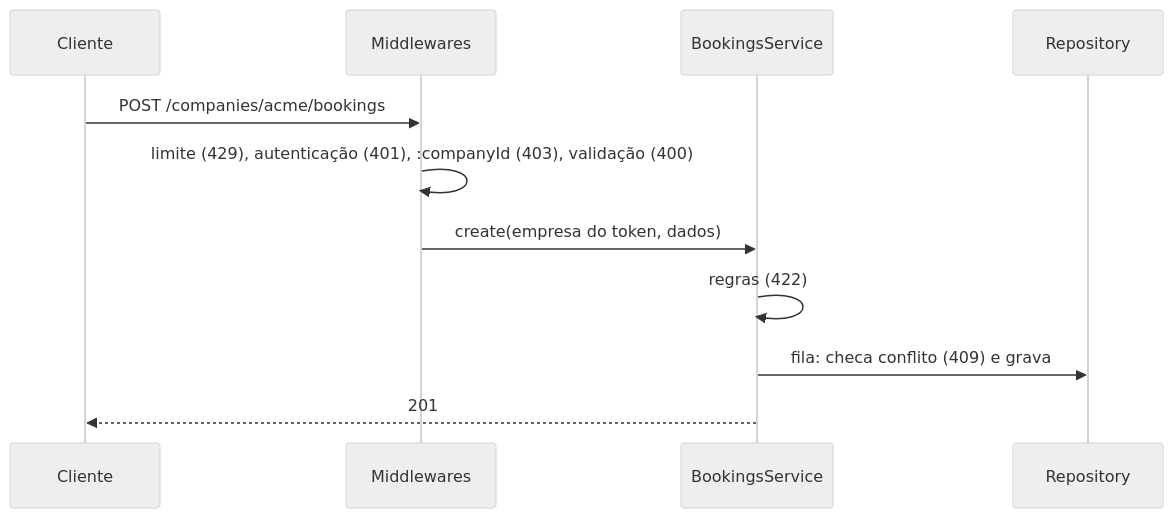
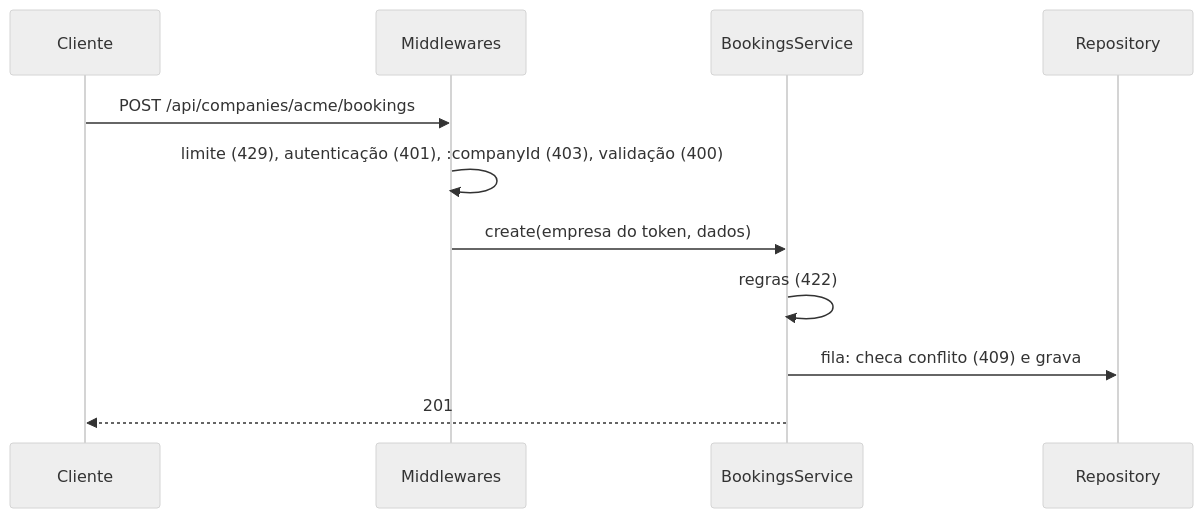
One commit to FelipeGabriel7/salabloco-desafio-tecnico changed the second of 2 diagrams in docs/arquitetura/arquitetura.md. Above: the diagram before and after it, drawn with Mermaid (neutral theme). The commit also changed other lines of this file and 15 other files, not shown here.

````diff
--- a/docs/arquitetura/arquitetura.md
+++ b/docs/arquitetura/arquitetura.md
@@ -74,13 +76,13 @@
 ```mermaid
 sequenceDiagram
   participant C as Cliente
   participant M as Middlewares
   participant S as BookingsService
   participant P as Repository
-  C->>M: POST /companies/acme/bookings
+  C->>M: POST /api/companies/acme/bookings
   M->>M: limite (429), autenticação (401), :companyId (403), validação (400)
   M->>S: create(empresa do token, dados)
   S->>S: regras (422)
   S->>P: fila: checa conflito (409) e grava
   S-->>C: 201
 ```
````
